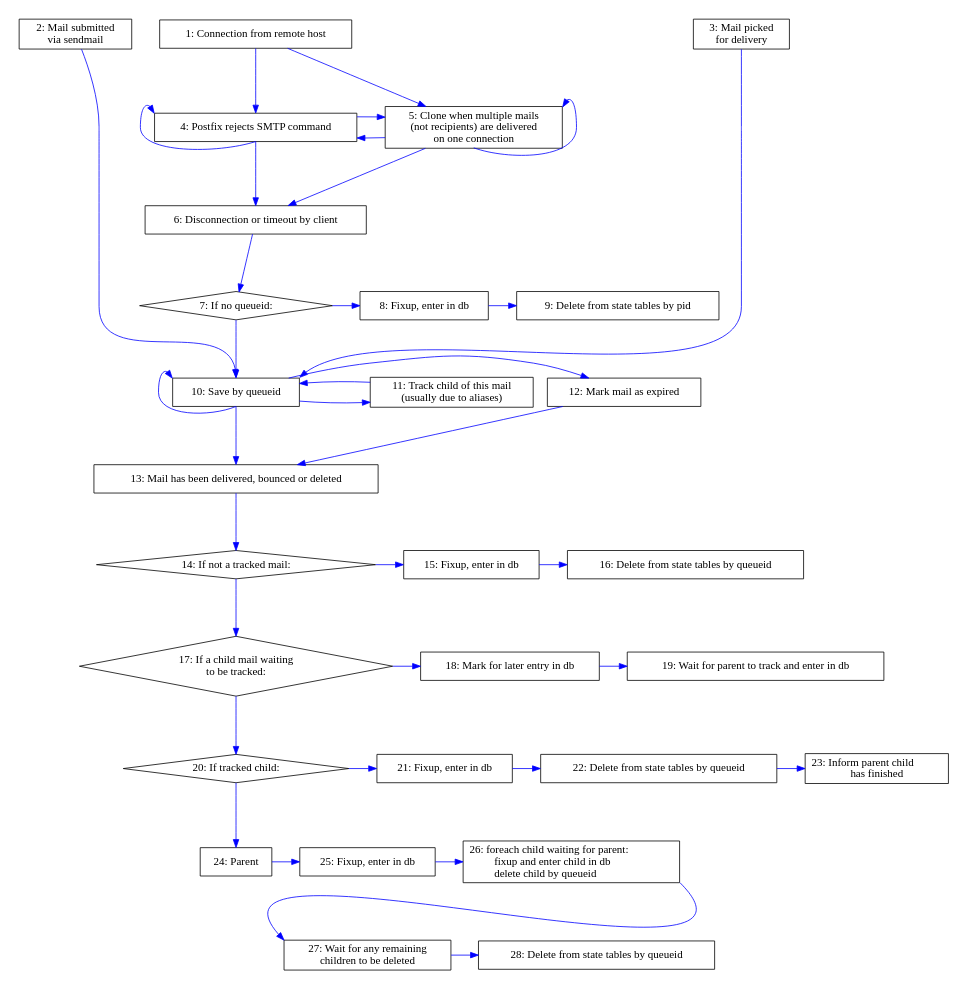
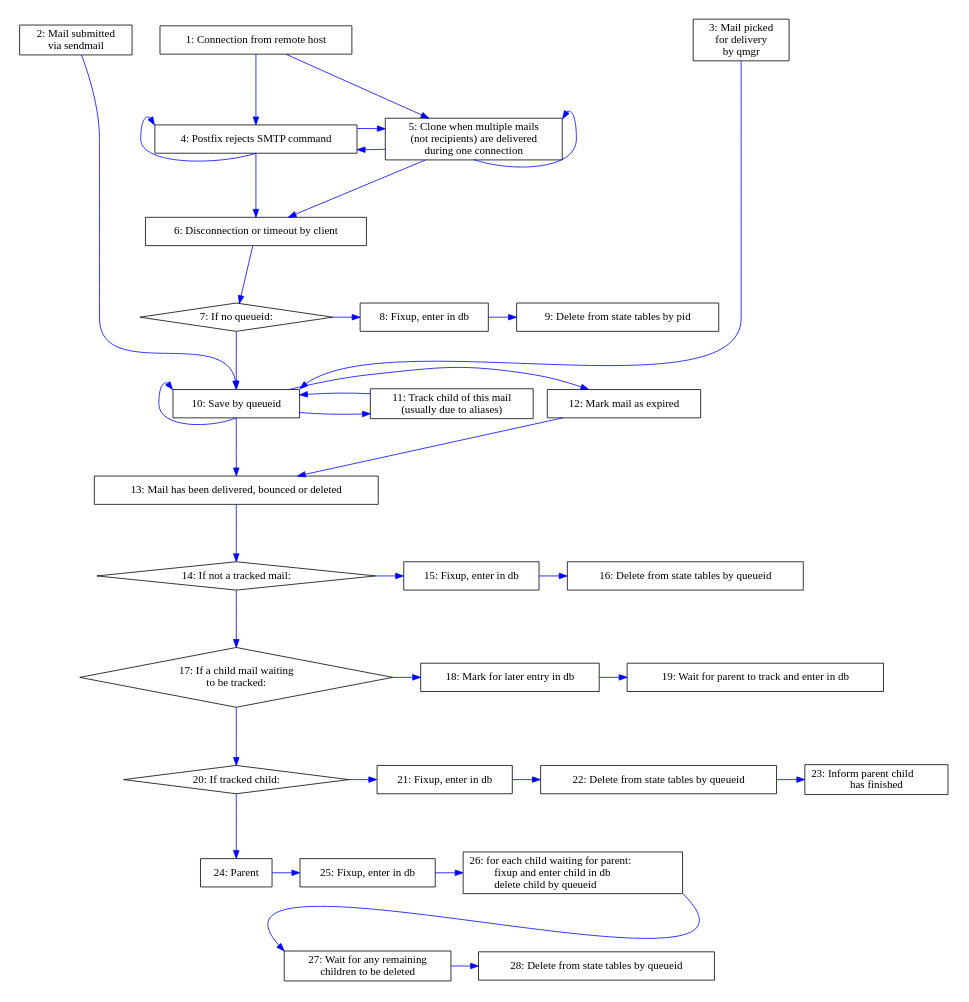
The diagram in doc/logparser-flow-chart.dot (tobinjt/ASO), drawn with Graphviz before and after one commit. The commit also changed 1 other file, not shown here.

```diff
--- a/doc/logparser-flow-chart.dot
+++ b/doc/logparser-flow-chart.dot
@@ -1,184 +1,184 @@
 /* vim: set textwidth=160 : */
 /* $Id$ */
 
 digraph logparser {
     graph [
         /* This seems to be width, height - but they interact strangely, so 
          * I'm never sure.
          */
         size = "6.0, 6.4"
         margin = "0"
         center = true
     ]
     node [
         shape = box
     ]
     edge [
         color = blue
         fontcolor = red
         minlen = 2
     ]
 
     /* EDGES */
     /* Connect from client */
     connect                         -> { rejection } [weight = 5]
     rejection                       -> { rejection } [dir = back, headport = s, tailport = nw]
     rejection                       -> { disconnect } [weight = 5]
     connect                         -> { clone }
     clone                           -> { clone } [dir = back, headport = s, tailport = ne]
     clone                           -> { disconnect }
     clone                           -> { rejection }
     rejection                       -> { clone }
 
     /* Disconnect without queueid */
     disconnect                      -> { if_no_queueid }
     if_no_queueid                   -> { fixup_enter_in_db_disconnect }
     fixup_enter_in_db_disconnect    -> { delete_by_pid_disconnect }
 
     /* Disconnect with queueid */
     if_no_queueid                   -> { save_by_queueid } [weight = 5]
 
     /* Misc entry */
     pickup                          -> { save_by_queueid } [headport = n]
     qmgr_chooses_mail               -> { save_by_queueid } [headport = ne]
     /* Graph placement */
     connect                         -> { pickup } [style = invis, weight = 0]
     connect                         -> { qmgr_chooses_mail } [style = invis, weight = 0]
 
     /* Save results by queueid */
     save_by_queueid                 -> { track } [minlen = 5]
     track                           -> { save_by_queueid }
     save_by_queueid                 -> { save_by_queueid } [dir = back, headport = s, tailport = nw]
     save_by_queueid                 -> { commit } [weight = 10]
 
     /* Expired mails */
     save_by_queueid                 -> { expiry }
     expiry                          -> { commit } [weight = 0]
 
     /* Commit is complicated */
     /* Neither parent nor child. */
     commit                          -> { if_neither_parent_nor_child }
     if_neither_parent_nor_child     -> { fixup_enter_in_db_npc }
     fixup_enter_in_db_npc           -> { delete_npc }
     /* Untracked child */
     if_neither_parent_nor_child     -> { if_untracked_child }
     if_untracked_child              -> { mark_for_commit }
     mark_for_commit                 -> { wait_for_parent_to_commit_me }
     if_untracked_child              -> { if_tracked_child }
     /* Tracked child */
     if_tracked_child                -> { fixup_enter_in_db_tc }
     fixup_enter_in_db_tc            -> { delete_tc }
     delete_tc                       -> { maybe_delete_parent }
     /* Parent */
     if_tracked_child                -> { parent }
     parent                          -> { fixup_enter_in_db_parent }
     fixup_enter_in_db_parent        -> { commit_children }
     /* This next edge pulls wait_for_children_to_be_deleted leftwards */
     fixup_enter_in_db_parent        -> { wait_for_children_to_be_deleted } [style = invis]
     commit_children                 -> { wait_for_children_to_be_deleted } [headport = nw, tailport = se, weight = 0]
     wait_for_children_to_be_deleted -> { delete_parent }
 
     /* NODE LABELS */
     rejection                       [label = "4: Postfix rejects SMTP command"]
     connect                         [label = "1: Connection from remote host"]
-    clone                           [label = "5: Clone when multiple mails\n(not recipients) are delivered\non one connection"]
+    clone                           [label = "5: Clone when multiple mails\n(not recipients) are delivered\nduring one connection"]
 
     /* Disconnect without queueid */
     disconnect                      [label = "6: Disconnection or timeout by client"]
     if_no_queueid                   [label = "7: If no queueid:", shape = diamond]
     fixup_enter_in_db_disconnect    [label = "8: Fixup, enter in db"]
     delete_by_pid_disconnect        [label = "9: Delete from state tables by pid"]
 
     /* Disconnect with queueid - already covered */
 
     /* Misc entry */
     pickup                          [label = "2: Mail submitted\nvia sendmail"]
-    qmgr_chooses_mail               [label = "3: Mail picked \nfor delivery"]
+    qmgr_chooses_mail               [label = "3: Mail picked \nfor delivery\nby qmgr"]
 
     /* Save results by queueid */
     save_by_queueid                 [label = "10: Save by queueid"]
     track                           [label = "11: Track child of this mail\n(usually due to aliases)"]
 
     /* Expiry */
     expiry                          [label = "12: Mark mail as expired"]
 
     /* Commit is complicated */
     /* Neither parent nor child. */
     commit                          [label = "13: Mail has been delivered, bounced or deleted"]
     if_neither_parent_nor_child     [label = "14: If not a tracked mail:", shape = diamond]
     fixup_enter_in_db_npc           [label = "15: Fixup, enter in db"]
     delete_npc                      [label = "16: Delete from state tables by queueid"]
 
     /* Untracked child */
     if_untracked_child              [label = "17: If a child mail waiting\nto be tracked:", shape = diamond]
     mark_for_commit                 [label = "18: Mark for later entry in db"]
     wait_for_parent_to_commit_me    [label = "19: Wait for parent to track and enter in db"]
 
     /* Tracked child */
     if_tracked_child                [label = "20: If tracked child:", shape = diamond]
     fixup_enter_in_db_tc            [label = "21: Fixup, enter in db"]
     delete_tc                       [label = "22: Delete from state tables by queueid"]
     maybe_delete_parent             [label = "23: Inform parent child\lhas finished"]
 
     /* Parent */
     parent                          [label = "24: Parent"]
     fixup_enter_in_db_parent        [label = "25: Fixup, enter in db"]
-    commit_children                 [label = "26: foreach child waiting for parent:\l          fixup and enter child in db\l          delete child by queueid\l", labeljust = l]
+    commit_children                 [label = "26: for each child waiting for parent:\l          fixup and enter child in db\l          delete child by queueid\l", labeljust = l]
     wait_for_children_to_be_deleted [label = "27: Wait for any remaining \nchildren to be deleted"]
     delete_parent                   [label = "28: Delete from state tables by queueid"]
 
     /* SUB-GRAPHS */
     subgraph sources {
         rank = source
         pickup
         qmgr_chooses_mail
         connect
     }
     subgraph clone_or_save {
         rank = same
         clone
         rejection
     }
     subgraph disconnect_without_queueid {
         rank = same
         if_no_queueid
         fixup_enter_in_db_disconnect
         delete_by_pid_disconnect
     }
     subgraph save_or_track {
         rank = same
         track
         save_by_queueid
         expiry
     }
     subgraph not_tracked {
         rank = same
         if_neither_parent_nor_child
         fixup_enter_in_db_npc
         delete_npc
     }
     subgraph untracked_child {
         rank = same
         if_untracked_child
         mark_for_commit
         wait_for_parent_to_commit_me
     }
     subgraph tracked_child {
         rank = same
         if_tracked_child
         fixup_enter_in_db_tc
         delete_tc
         maybe_delete_parent
     }
     subgraph parent {
         rank = same
         parent
         fixup_enter_in_db_parent
         commit_children
     }
     subgraph parent_waiting {
         rank = same
         wait_for_children_to_be_deleted
         delete_parent
     }
 }
```
